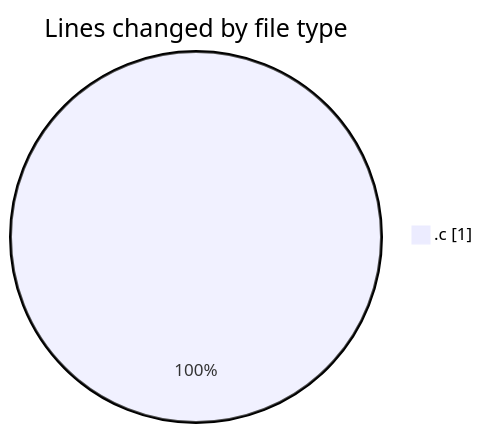
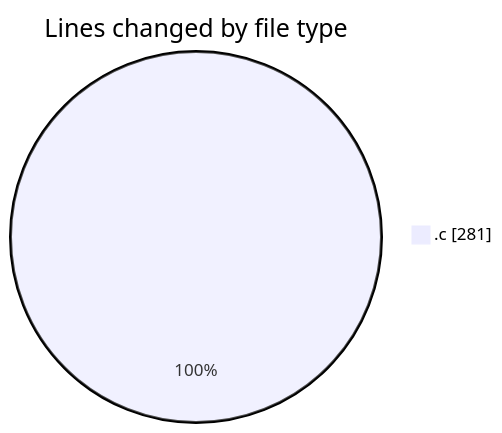
The first of 2 diagrams in 2026-03-17/week6/README.md (Unknowalive/code-tracking), drawn with Mermaid before and after one commit. The commit also changed other lines of this file and 1 other file, not shown here.

````diff
--- a/2026-03-17/week6/README.md
+++ b/2026-03-17/week6/README.md
@@ -20,5 +20,5 @@
 ```mermaid
 pie showData
 title Lines changed by file type
-".c" : 1
+".c" : 281
 ```
````
